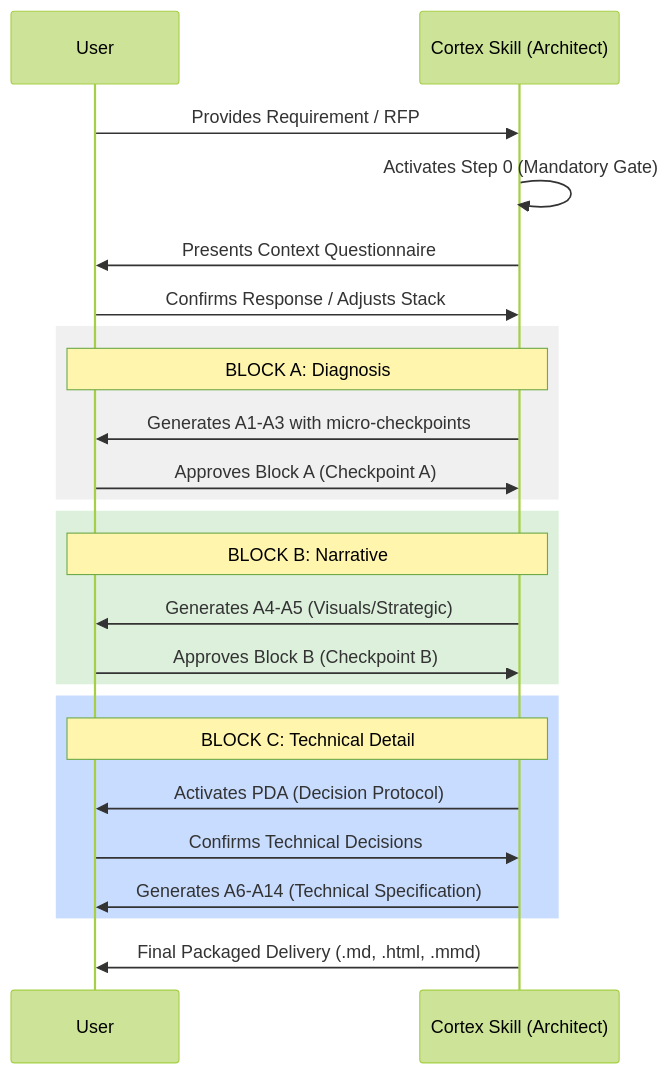
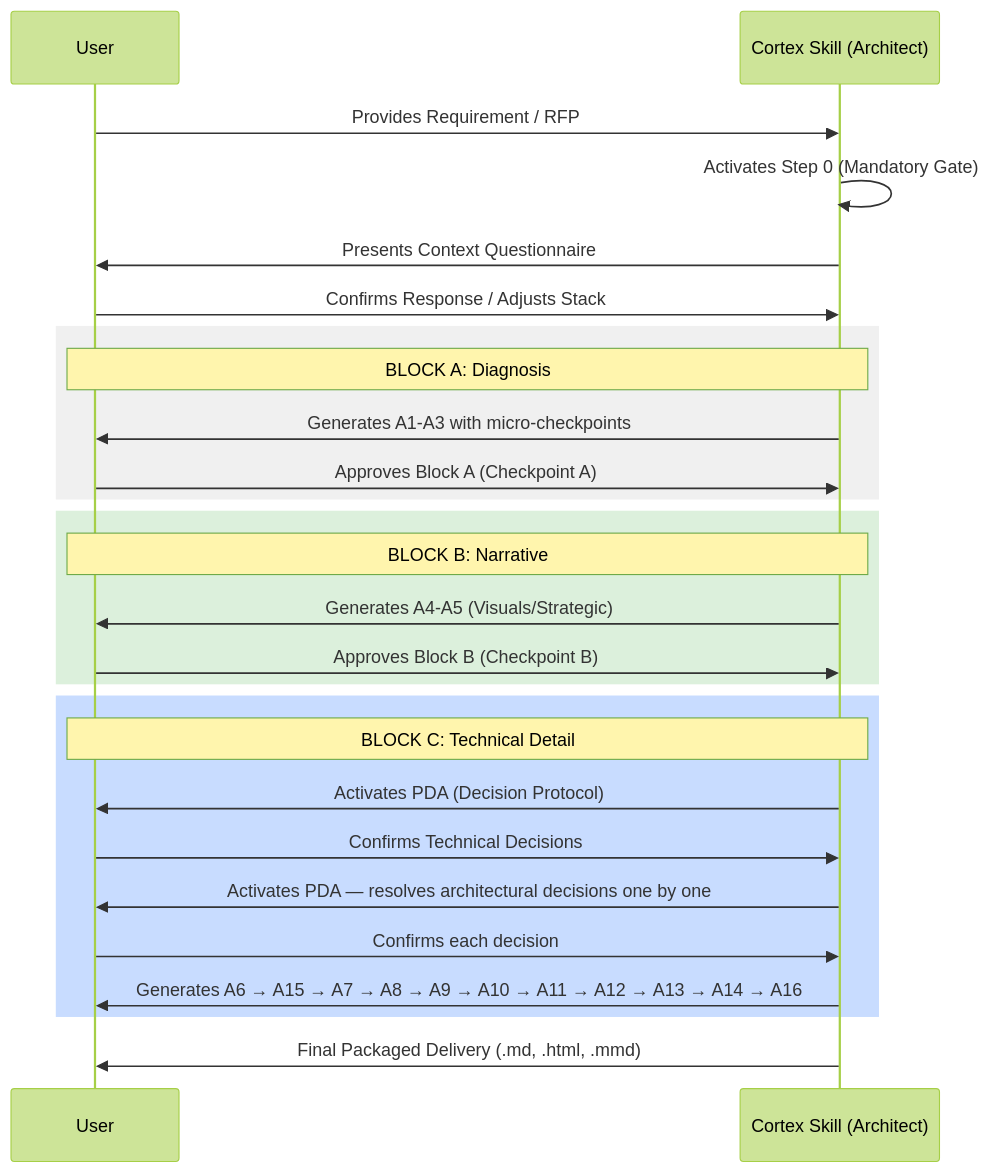
The second of 4 diagrams in README.md (alejandroSanchezCaceres/cortex-skill-architectural-analysis), drawn with Mermaid (forest theme) before and after one commit. The commit also changed other lines of this file and 3 other files, not shown here.

````diff
--- a/README.md
+++ b/README.md
@@ -59,31 +65,33 @@
 ```mermaid
 sequenceDiagram
     participant U as User
     participant S as Cortex Skill (Architect)
     
     U->>S: Provides Requirement / RFP
     S->>S: Activates Step 0 (Mandatory Gate)
     S->>U: Presents Context Questionnaire
     U->>S: Confirms Response / Adjusts Stack
     
     Rect rgb(240, 240, 240)
         Note over S, U: BLOCK A: Diagnosis
         S->>U: Generates A1-A3 with micro-checkpoints
         U->>S: Approves Block A (Checkpoint A)
     End
     
     Rect rgb(220, 240, 220)
         Note over S, U: BLOCK B: Narrative
         S->>U: Generates A4-A5 (Visuals/Strategic)
         U->>S: Approves Block B (Checkpoint B)
     End
     
     Rect rgb(200, 220, 255)
         Note over S, U: BLOCK C: Technical Detail
         S->>U: Activates PDA (Decision Protocol)
         U->>S: Confirms Technical Decisions
-        S->>U: Generates A6-A14 (Technical Specification)
+        S->>U: Activates PDA — resolves architectural decisions one by one
+        U->>S: Confirms each decision
+        S->>U: Generates A6 → A15 → A7 → A8 → A9 → A10 → A11 → A12 → A13 → A14 → A16
     End
     
     S->>U: Final Packaged Delivery (.md, .html, .mmd)
 ```
````
